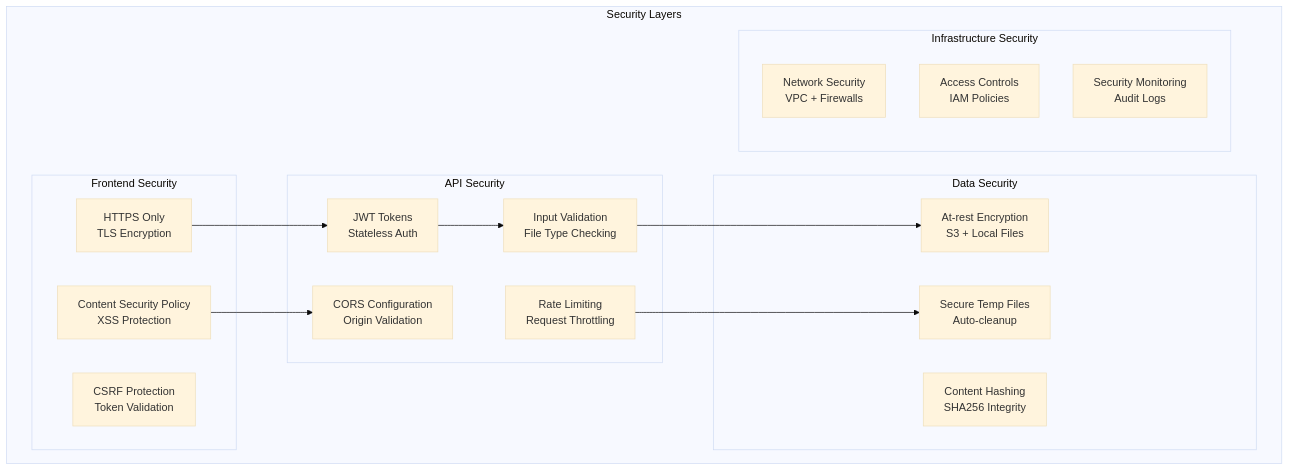
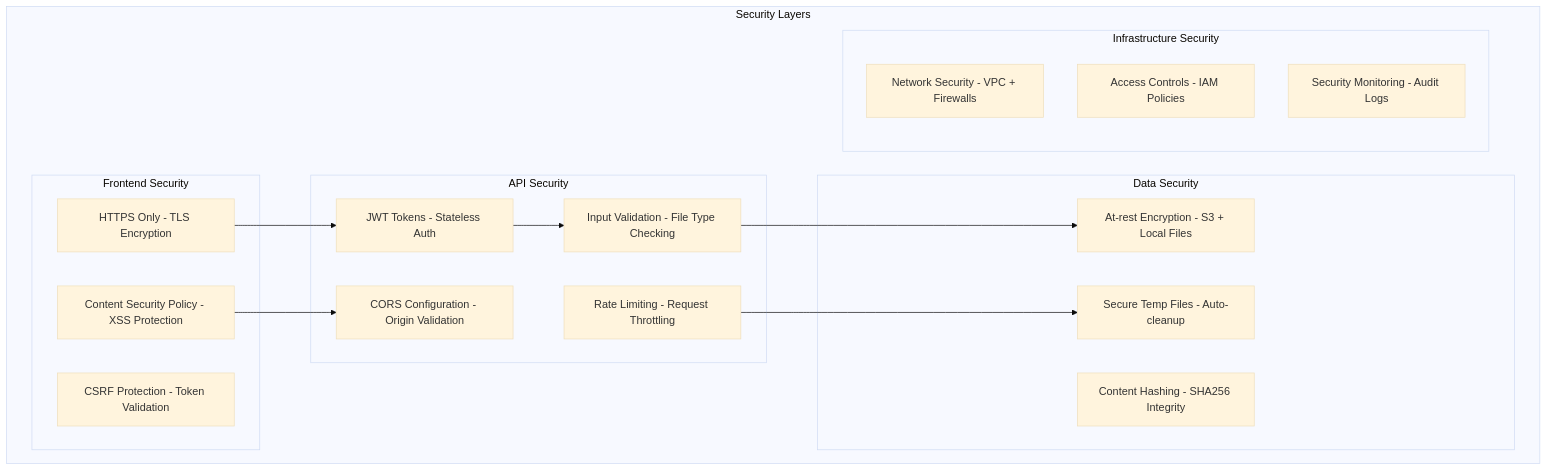
One commit to jacoblum22/Firmament changed the sixth of 8 diagrams in ARCHITECTURE.md. Above: the diagram before and after it, drawn with Mermaid (base theme). The commit also changed other lines of this file and 7 other files, not shown here.

````diff
--- a/ARCHITECTURE.md
+++ b/ARCHITECTURE.md
@@ -237,35 +237,35 @@
 ```mermaid
 graph TB
     subgraph "Security Layers"
         subgraph "Frontend Security"
-            HTTPS[HTTPS Only<br/>TLS Encryption]
-            CSP[Content Security Policy<br/>XSS Protection]
-            CSRF[CSRF Protection<br/>Token Validation]
+            HTTPS[HTTPS Only - TLS Encryption]
+            CSP[Content Security Policy - XSS Protection]
+            CSRF[CSRF Protection - Token Validation]
         end
         
         subgraph "API Security"
-            CORS[CORS Configuration<br/>Origin Validation]
-            RateLimit[Rate Limiting<br/>Request Throttling]
-            JWT[JWT Tokens<br/>Stateless Auth]
-            Validation[Input Validation<br/>File Type Checking]
+            CORS[CORS Configuration - Origin Validation]
+            RateLimit[Rate Limiting - Request Throttling]
+            JWT[JWT Tokens - Stateless Auth]
+            Validation[Input Validation - File Type Checking]
         end
         
         subgraph "Data Security"
-            Encryption[At-rest Encryption<br/>S3 + Local Files]
-            TempFiles[Secure Temp Files<br/>Auto-cleanup]
-            Hashing[Content Hashing<br/>SHA256 Integrity]
+            Encryption[At-rest Encryption - S3 + Local Files]
+            TempFiles[Secure Temp Files - Auto-cleanup]
+            Hashing[Content Hashing - SHA256 Integrity]
         end
         
         subgraph "Infrastructure Security"
-            Network[Network Security<br/>VPC + Firewalls]
-            Access[Access Controls<br/>IAM Policies]
-            Monitoring[Security Monitoring<br/>Audit Logs]
+            Network[Network Security - VPC + Firewalls]
+            Access[Access Controls - IAM Policies]
+            Monitoring[Security Monitoring - Audit Logs]
         end
     end
 
     HTTPS --> JWT
     JWT --> Validation
     Validation --> Encryption
     RateLimit --> TempFiles
     CSP --> CORS
 ```
````
